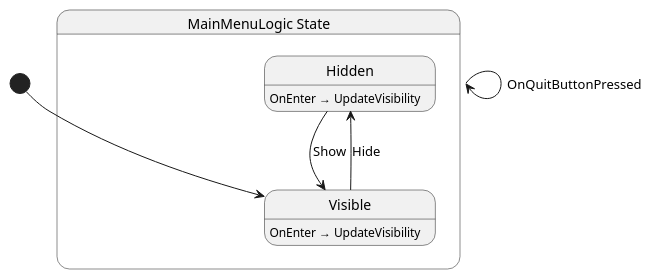
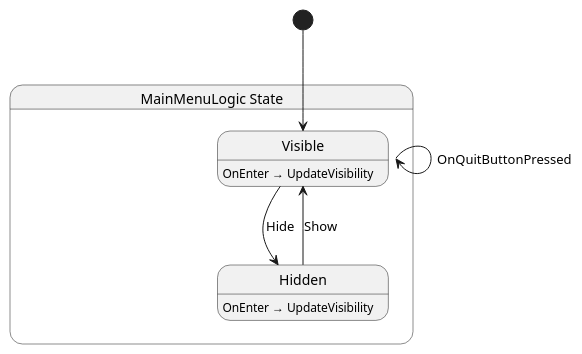
Before and after one commit to nilsiker/yolk: the diagram in Yolk.Logic/MainMenu/MainMenuLogic.g.puml, drawn with PlantUML. The commit also changed other lines of this file and 21 other files, not shown here.

```diff
--- a/Yolk.Logic/MainMenu/MainMenuLogic.g.puml
+++ b/Yolk.Logic/MainMenu/MainMenuLogic.g.puml
@@ -1,15 +1,15 @@
 @startuml MainMenuLogic
 state "MainMenuLogic State" as Yolk_MainMenuLogic_State {
+  state "Visible" as Yolk_MainMenuLogic_State_Visible
   state "Hidden" as Yolk_MainMenuLogic_State_Hidden
-  state "Visible" as Yolk_MainMenuLogic_State_Visible
 }
 
 Yolk_MainMenuLogic_State --> Yolk_MainMenuLogic_State : OnQuitButtonPressed
 Yolk_MainMenuLogic_State_Hidden --> Yolk_MainMenuLogic_State_Visible : Show
 Yolk_MainMenuLogic_State_Visible --> Yolk_MainMenuLogic_State_Hidden : Hide
 
 Yolk_MainMenuLogic_State_Hidden : OnEnter → UpdateVisibility
 Yolk_MainMenuLogic_State_Visible : OnEnter → UpdateVisibility
 
 [*] --> Yolk_MainMenuLogic_State_Visible
 @enduml
```
